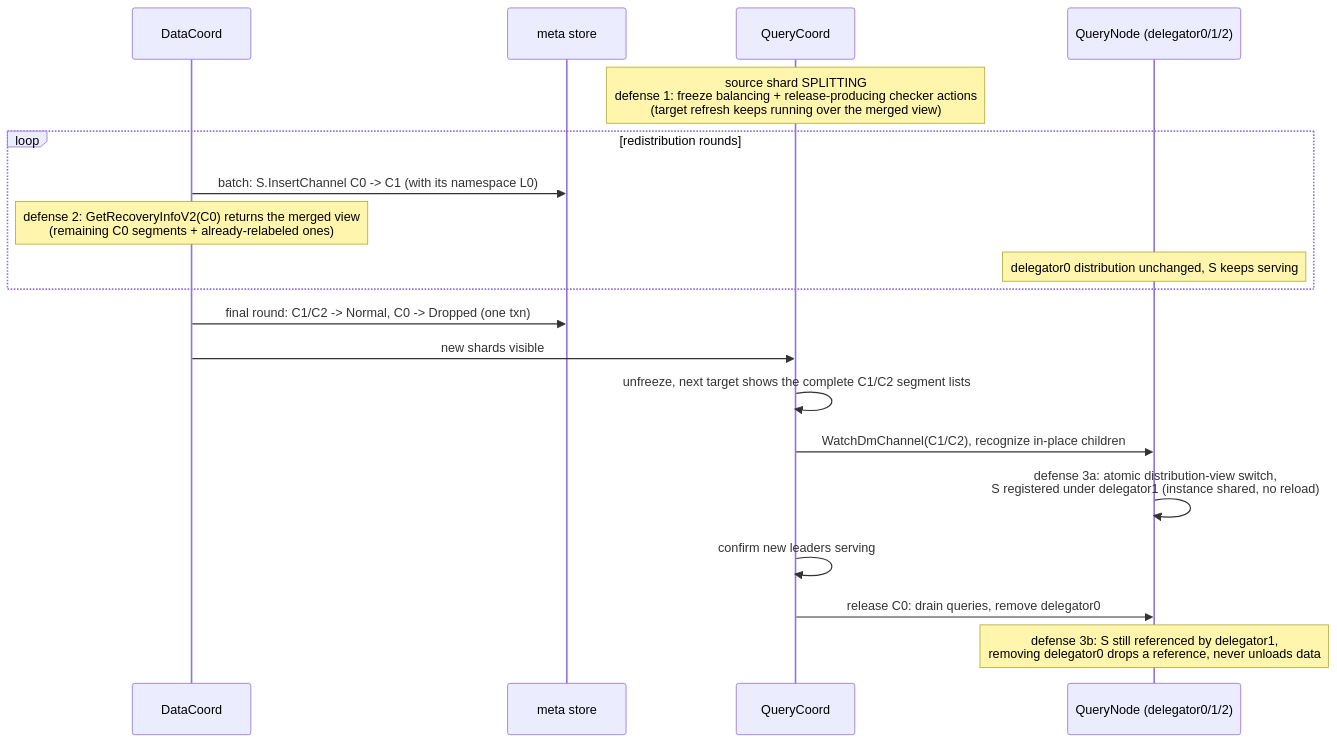
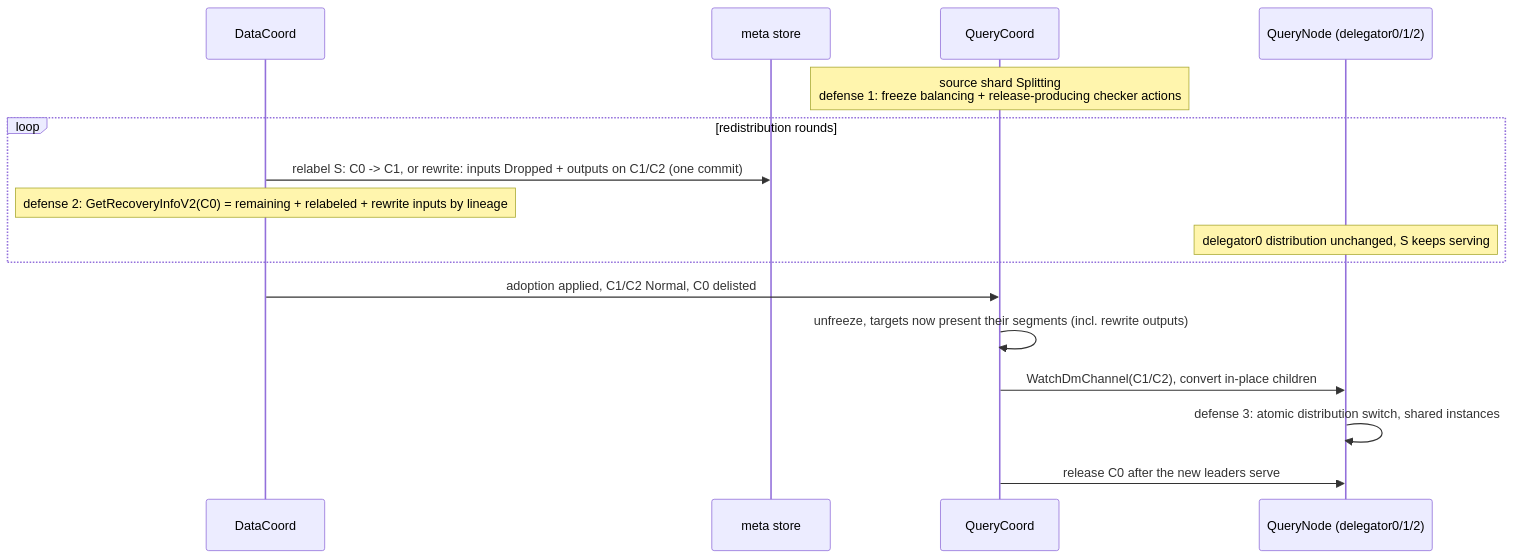
The fourth of 4 diagrams in docs/design-docs/design_docs/20260610-shard_split.md (milvus-io/milvus), drawn with Mermaid before and after one commit. The commit also changed other lines of this file and 6 other files, not shown here.

First line of the commit message:
doc: describe the replicated shard split write switch

````diff
--- a/docs/design-docs/design_docs/20260610-shard_split.md
+++ b/docs/design-docs/design_docs/20260610-shard_split.md
@@ -556,22 +910,19 @@
 ```mermaid
 sequenceDiagram
     participant DC as DataCoord
     participant META as meta store
     participant QC as QueryCoord
     participant QN as QueryNode (delegator0/1/2)
 
-    Note over QC: source shard SPLITTING<br/>defense 1: freeze balancing + release-producing checker actions<br/>(target refresh keeps running over the merged view)
+    Note over QC: source shard Splitting<br/>defense 1: freeze balancing + release-producing checker actions
     loop redistribution rounds
-        DC->>META: batch: S.InsertChannel C0 -> C1 (with its namespace L0)
-        Note over DC: defense 2: GetRecoveryInfoV2(C0) returns the merged view<br/>(remaining C0 segments + already-relabeled ones)
+        DC->>META: relabel S: C0 -> C1, or rewrite: inputs Dropped + outputs on C1/C2 (one commit)
+        Note over DC: defense 2: GetRecoveryInfoV2(C0) = remaining + relabeled + rewrite inputs by lineage
         Note over QN: delegator0 distribution unchanged, S keeps serving
     end
-    DC->>META: final round: C1/C2 -> Normal, C0 -> Dropped (one txn)
-    DC->>QC: new shards visible
-    QC->>QC: unfreeze, next target shows the complete C1/C2 segment lists
-    QC->>QN: WatchDmChannel(C1/C2), recognize in-place children
-    QN->>QN: defense 3a: atomic distribution-view switch,<br/>S registered under delegator1 (instance shared, no reload)
-    QC->>QC: confirm new leaders serving
-    QC->>QN: release C0: drain queries, remove delegator0
-    Note over QN: defense 3b: S still referenced by delegator1,<br/>removing delegator0 drops a reference, never unloads data
+    DC->>QC: adoption applied, C1/C2 Normal, C0 delisted
+    QC->>QC: unfreeze, targets now present their segments (incl. rewrite outputs)
+    QC->>QN: WatchDmChannel(C1/C2), convert in-place children
+    QN->>QN: defense 3: atomic distribution switch, shared instances
+    QC->>QN: release C0 after the new leaders serve
 ```
````
